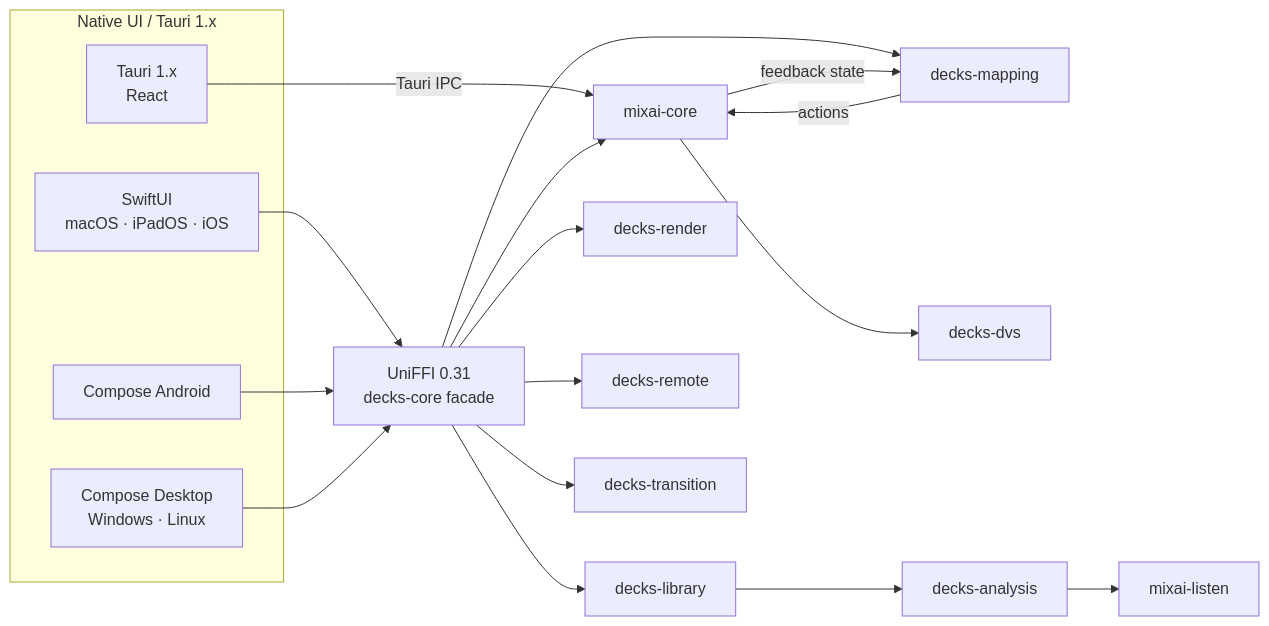
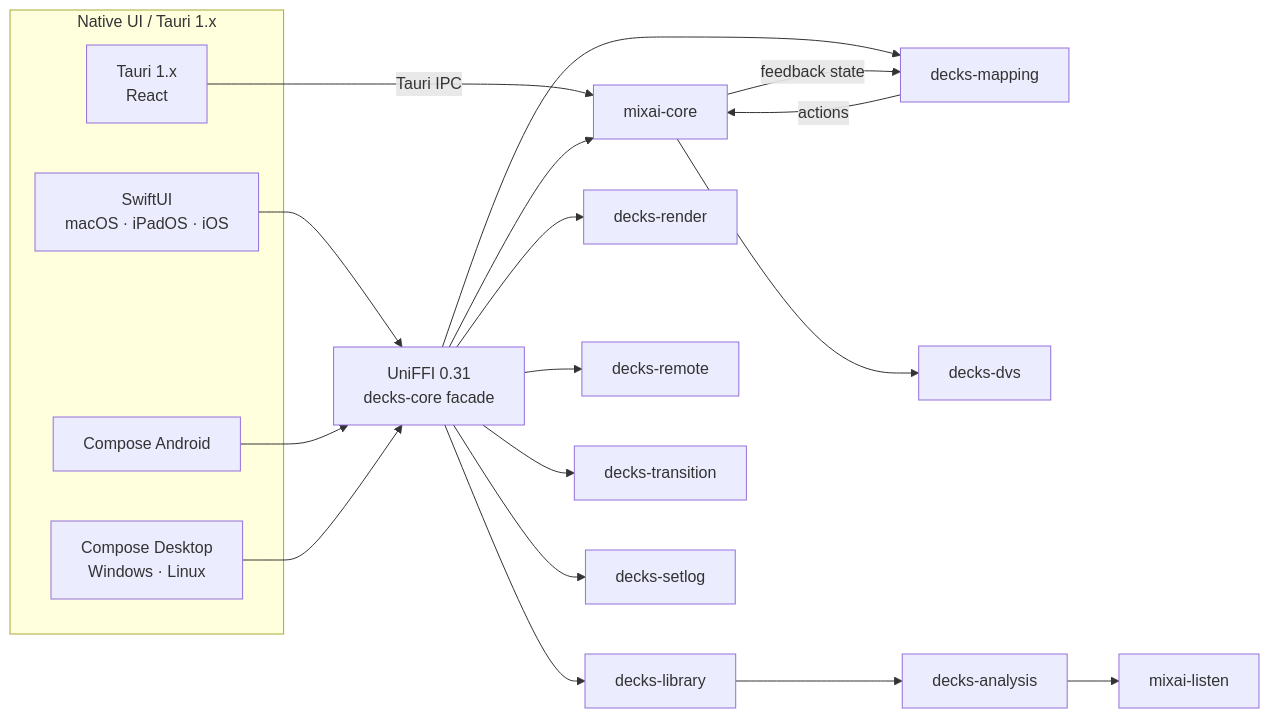
One commit to dragoscv/mmo changed the first of 3 diagrams in docs/decks/architecture.md. Above: the diagram before and after it, drawn with Mermaid. The commit also changed other lines of this file and 28 other files, not shown here.

First line of the commit message:
feat(mixai): decks set recording with automatic tracklist and cue, orda/ucmr-ada exports (WP19-22)

````diff
--- a/docs/decks/architecture.md
+++ b/docs/decks/architecture.md
@@ -31,25 +32,26 @@
 ```mermaid
 flowchart LR
     subgraph UI[Native UI / Tauri 1.x]
         SW[SwiftUI<br/>macOS · iPadOS · iOS]
         CA[Compose Android]
         CD[Compose Desktop<br/>Windows · Linux]
         TA[Tauri 1.x<br/>React]
     end
     FFI[UniFFI 0.31<br/>decks-core facade]
     SW --> FFI
     CA --> FFI
     CD --> FFI
     TA -->|Tauri IPC| CORE
     FFI --> CORE[mixai-core]
     FFI --> LIB[decks-library]
     FFI --> MAP[decks-mapping]
     FFI --> REN[decks-render]
     FFI --> REM[decks-remote]
     FFI --> TRN[decks-transition]
+    FFI --> SET[decks-setlog]
     CORE --> DVS[decks-dvs]
     LIB --> ANA[decks-analysis]
     ANA --> LST[mixai-listen]
     MAP -->|actions| CORE
     CORE -->|feedback state| MAP
 ```
````
